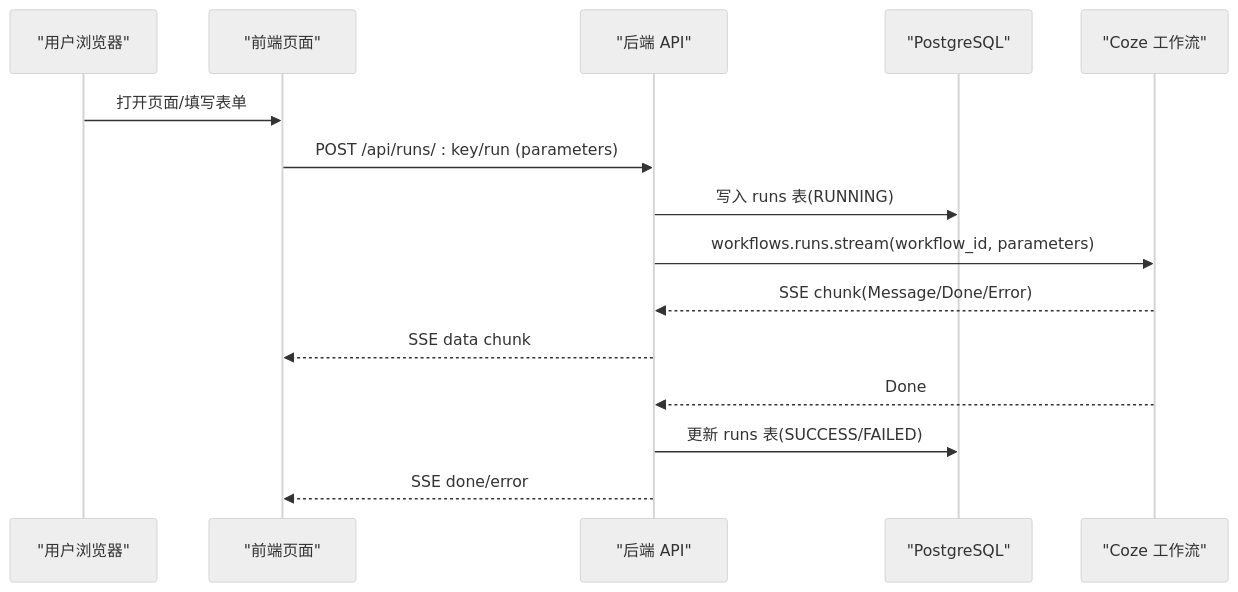
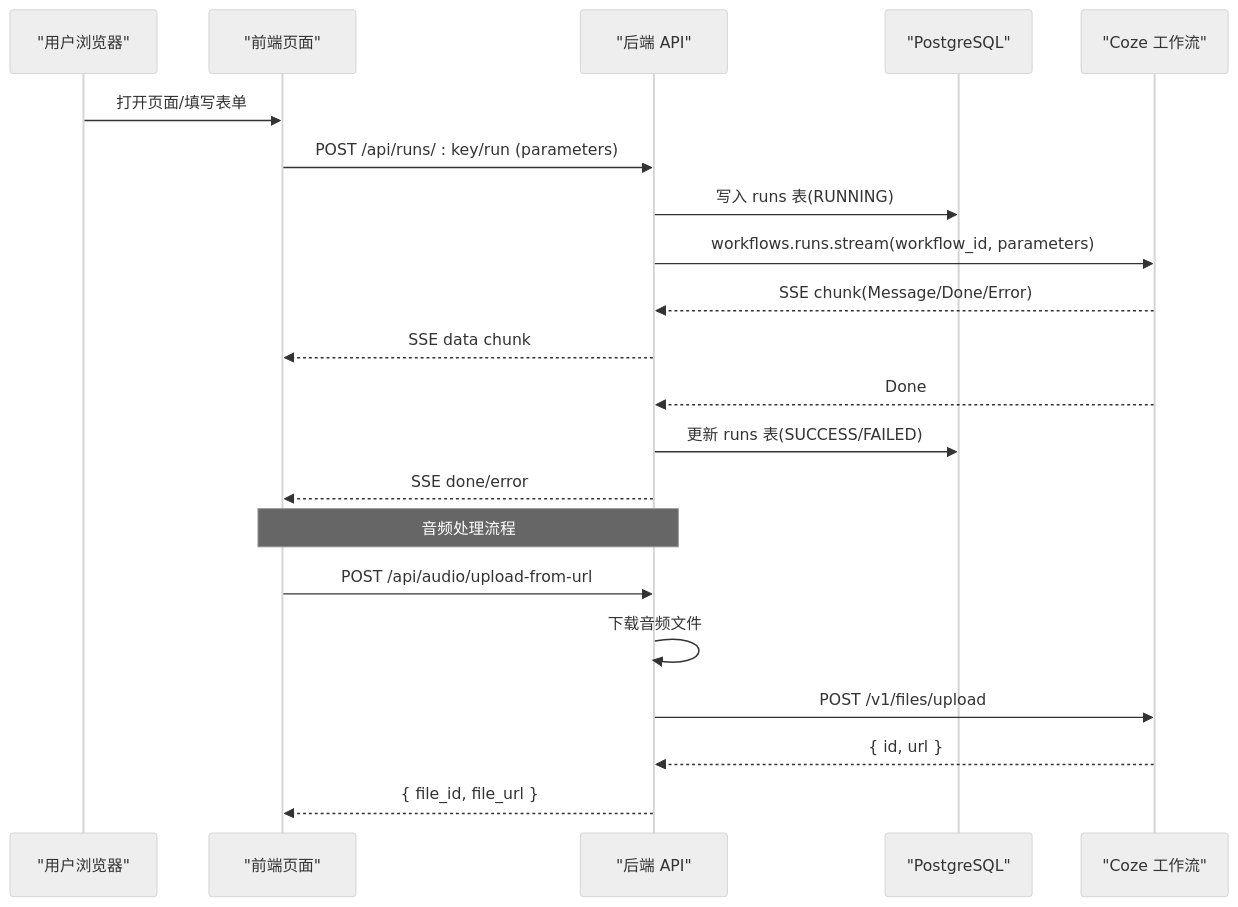
One commit to hanksd769-droid/sailshub changed the second of 11 diagrams in .qoder/repowiki/zh/content/多模态工作流模块/多模态工作流模块.md. Above: the diagram before and after it, drawn with Mermaid (neutral theme). The commit also changed other lines of this file and 5 other files, not shown here.

````diff
--- a/.qoder/repowiki/zh/content/多模态工作流模块/多模态工作流模块.md
+++ b/.qoder/repowiki/zh/content/多模态工作流模块/多模态工作流模块.md
@@ -140,17 +168,23 @@
 ```mermaid
 sequenceDiagram
 participant U as "用户浏览器"
 participant FE as "前端页面"
 participant API as "后端 API"
 participant DB as "PostgreSQL"
 participant COZE as "Coze 工作流"
 U->>FE : 打开页面/填写表单
 FE->>API : POST /api/runs/ : key/run (parameters)
 API->>DB : 写入 runs 表(RUNNING)
 API->>COZE : workflows.runs.stream(workflow_id, parameters)
 COZE-->>API : SSE chunk(Message/Done/Error)
 API-->>FE : SSE data chunk
 COZE-->>API : Done
 API->>DB : 更新 runs 表(SUCCESS/FAILED)
 API-->>FE : SSE done/error
+Note over FE,API : 音频处理流程
+FE->>API : POST /api/audio/upload-from-url
+API->>API : 下载音频文件
+API->>COZE : POST /v1/files/upload
+COZE-->>API : { id, url }
+API-->>FE : { file_id, file_url }
 ```
````
